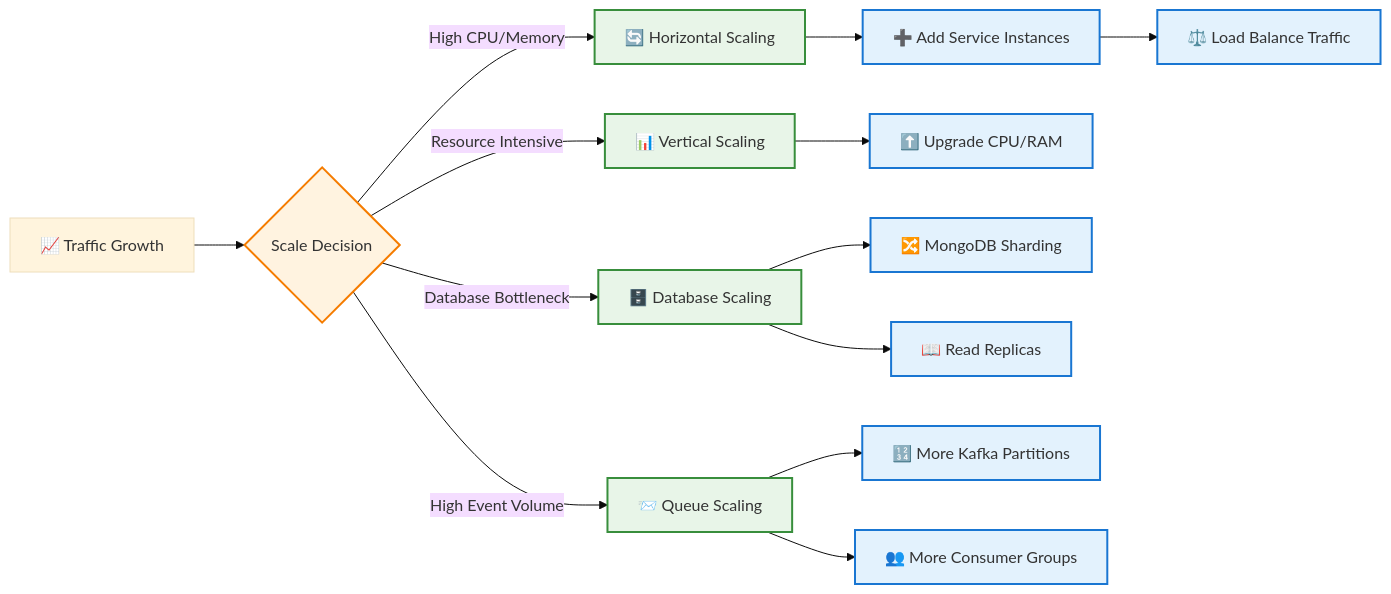
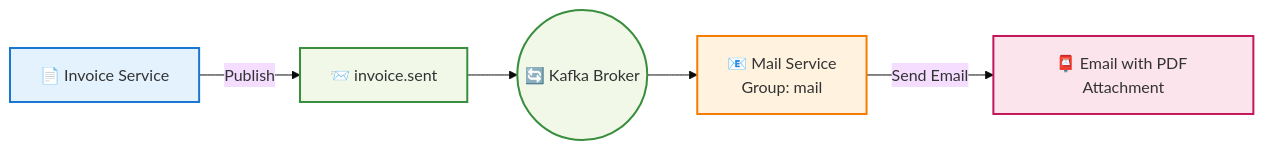
Before and after one commit to thanhmati/einvoice-backend: the fourth of 4 diagrams in TEACHING_GUIDE.md, drawn with Mermaid (base theme). The commit also changed other lines of this file and 2 other files, not shown here.

````diff
--- a/TEACHING_GUIDE.md
+++ b/TEACHING_GUIDE.md
@@ -1301,33 +823,25 @@
 ```mermaid
 graph LR
-    %% Traffic Growth
-    Traffic[📈 Traffic Growth] --> Decision{Scale Decision}
+    %% Event Producer
+    InvoiceService[📄 Invoice Service] -->|Publish| Topic[📨 invoice.sent]
     
-    %% Horizontal Scaling
-    Decision -->|High CPU/Memory| HorizontalScale[🔄 Horizontal Scaling]
-    HorizontalScale --> AddInstances[➕ Add Service Instances]
-    AddInstances --> LoadBalance[⚖️ Load Balance Traffic]
+    %% Kafka Broker
+    Topic --> KafkaBroker((🔄 Kafka Broker))
     
-    %% Vertical Scaling
-    Decision -->|Resource Intensive| VerticalScale[📊 Vertical Scaling]
-    VerticalScale --> UpgradeResources[⬆️ Upgrade CPU/RAM]
+    %% Event Consumer
+    KafkaBroker --> MailConsumer[📧 Mail Service<br/>Group: mail]
     
-    %% Database Scaling
-    Decision -->|Database Bottleneck| DBScale[🗄️ Database Scaling]
-    DBScale --> Sharding[🔀 MongoDB Sharding]
-    DBScale --> ReadReplicas[📖 Read Replicas]
-    
-    %% Message Queue Scaling
-    Decision -->|High Event Volume| QueueScale[📨 Queue Scaling]
-    QueueScale --> MorePartitions[🔢 More Kafka Partitions]
-    QueueScale --> ConsumerGroups[👥 More Consumer Groups]
+    %% Consumer Actions
+    MailConsumer -->|Send Email| EmailAction[📮 Email with PDF Attachment]
     
     %% Styling
-    classDef decision fill:#fff3e0,stroke:#f57c00,stroke-width:2px
-    classDef scaling fill:#e8f5e8,stroke:#388e3c,stroke-width:2px
-    classDef action fill:#e3f2fd,stroke:#1976d2,stroke-width:2px
+    classDef producer fill:#e3f2fd,stroke:#1976d2,stroke-width:2px
+    classDef topic fill:#f1f8e8,stroke:#388e3c,stroke-width:2px
+    classDef consumer fill:#fff3e0,stroke:#f57c00,stroke-width:2px
+    classDef action fill:#fce4ec,stroke:#c2185b,stroke-width:2px
     
-    class Decision decision
-    class HorizontalScale,VerticalScale,DBScale,QueueScale scaling
-    class AddInstances,LoadBalance,UpgradeResources,Sharding,ReadReplicas,MorePartitions,ConsumerGroups action
+    class InvoiceService producer
+    class Topic,KafkaBroker topic
+    class MailConsumer consumer
+    class EmailAction action
 ```
````
